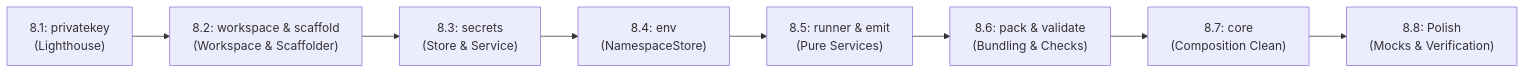
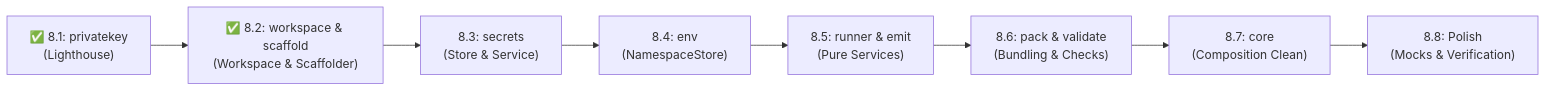
One commit to go-envx/envx changed the second of 2 diagrams in .plans/20260924-di-refactor.md. Above: the diagram before and after it, drawn with Mermaid. The commit also changed other lines of this file and 55 other files, not shown here.

First line of the commit message:
refactor(di): split scaffold and workspace services (#131)

````diff
--- a/.plans/20260924-di-refactor.md
+++ b/.plans/20260924-di-refactor.md
@@ -1136,10 +1163,10 @@
 ```mermaid
 flowchart LR
-    Sub81["8.1: privatekey<br/>(Lighthouse)"] --> Sub82["8.2: workspace & scaffold<br/>(Workspace & Scaffolder)"]
+    Sub81["✅ 8.1: privatekey<br/>(Lighthouse)"] --> Sub82["✅ 8.2: workspace & scaffold<br/>(Workspace & Scaffolder)"]
     Sub82 --> Sub83["8.3: secrets<br/>(Store & Service)"]
     Sub83 --> Sub84["8.4: env<br/>(NamespaceStore)"]
     Sub84 --> Sub85["8.5: runner & emit<br/>(Pure Services)"]
     Sub85 --> Sub86["8.6: pack & validate<br/>(Bundling & Checks)"]
     Sub86 --> Sub87["8.7: core<br/>(Composition Clean)"]
     Sub87 --> Sub88["8.8: Polish<br/>(Mocks & Verification)"]
 ```
````
